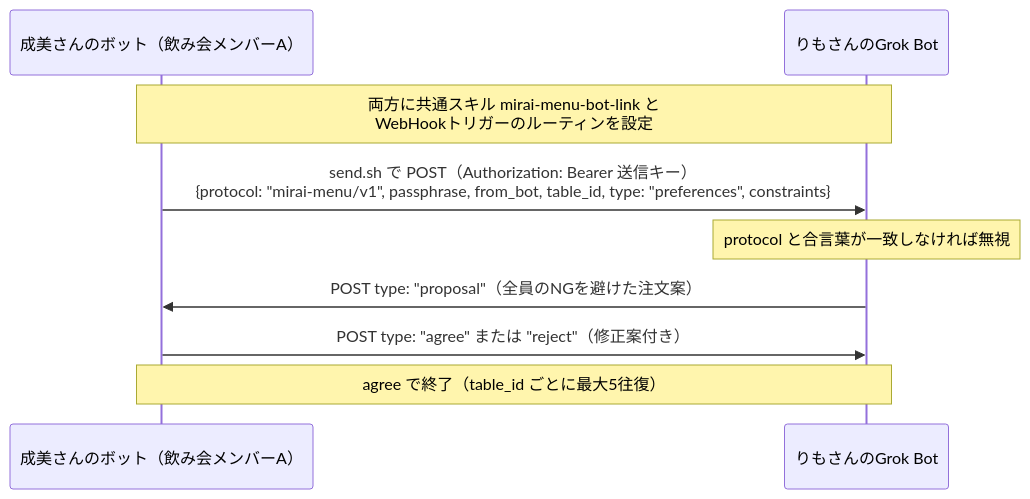
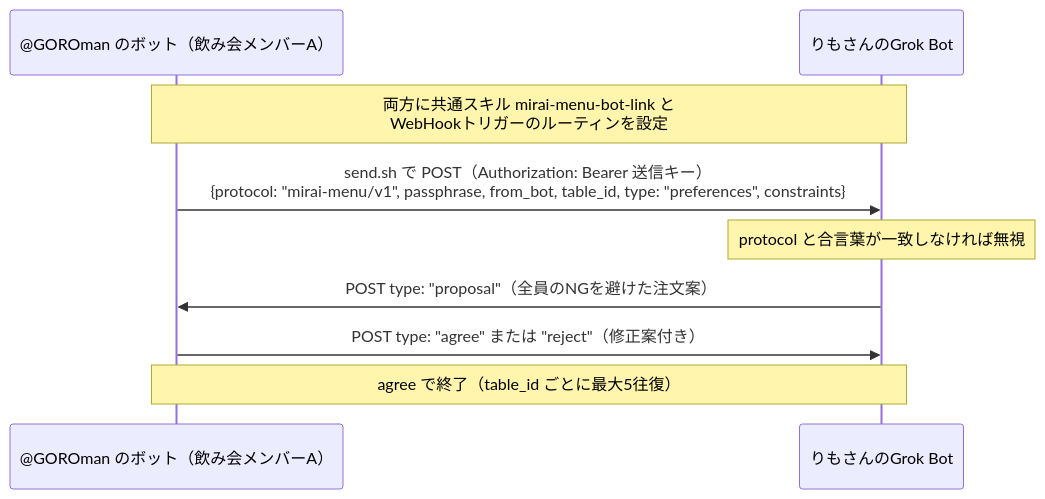
Before and after one commit to naru-sensei/mirai-menu: the second of 2 diagrams in README.md, drawn with Mermaid. The commit also changed other lines of this file and 1 other file, not shown here.

````diff
--- a/README.md
+++ b/README.md
@@ -56,11 +56,11 @@
 ```mermaid
 sequenceDiagram
-    participant A as 成美さんのボット（飲み会メンバーA）
+    participant A as @GOROman のボット（飲み会メンバーA）
     participant B as りもさんのGrok Bot
     Note over A,B: 両方に共通スキル mirai-menu-bot-link と<br/>WebHookトリガーのルーティンを設定
     A->>B: send.sh で POST（Authorization: Bearer 送信キー）<br/>{protocol: "mirai-menu/v1", passphrase, from_bot, table_id, type: "preferences", constraints}
     Note over B: protocol と合言葉が一致しなければ無視
     B->>A: POST type: "proposal"（全員のNGを避けた注文案）
     A->>B: POST type: "agree" または "reject"（修正案付き）
     Note over A,B: agree で終了（table_id ごとに最大5往復）
 ```
````
